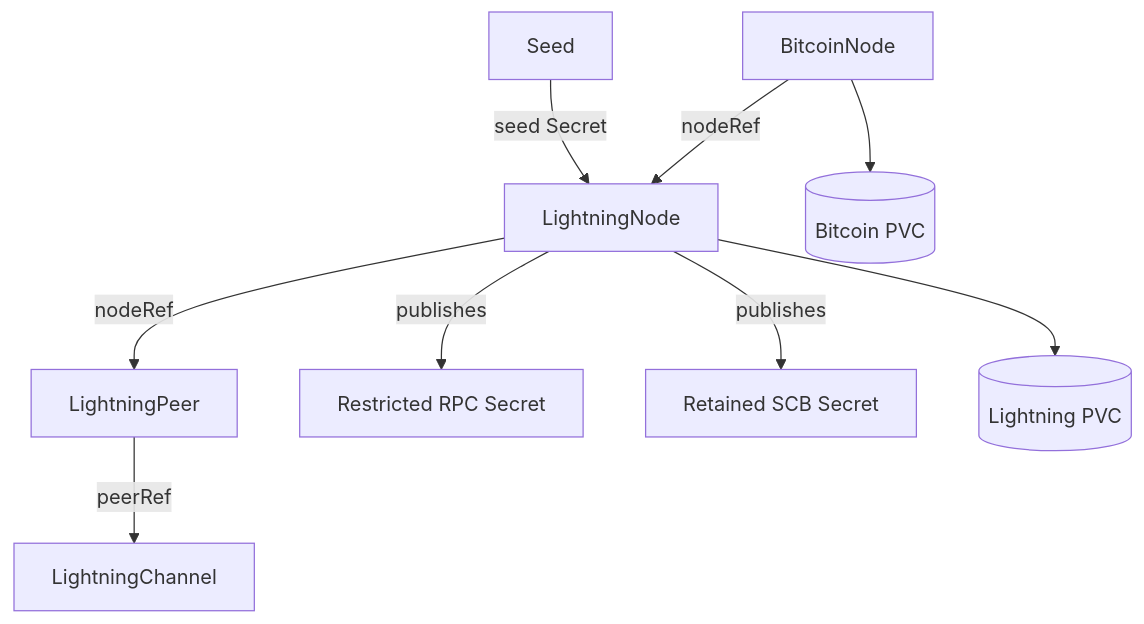
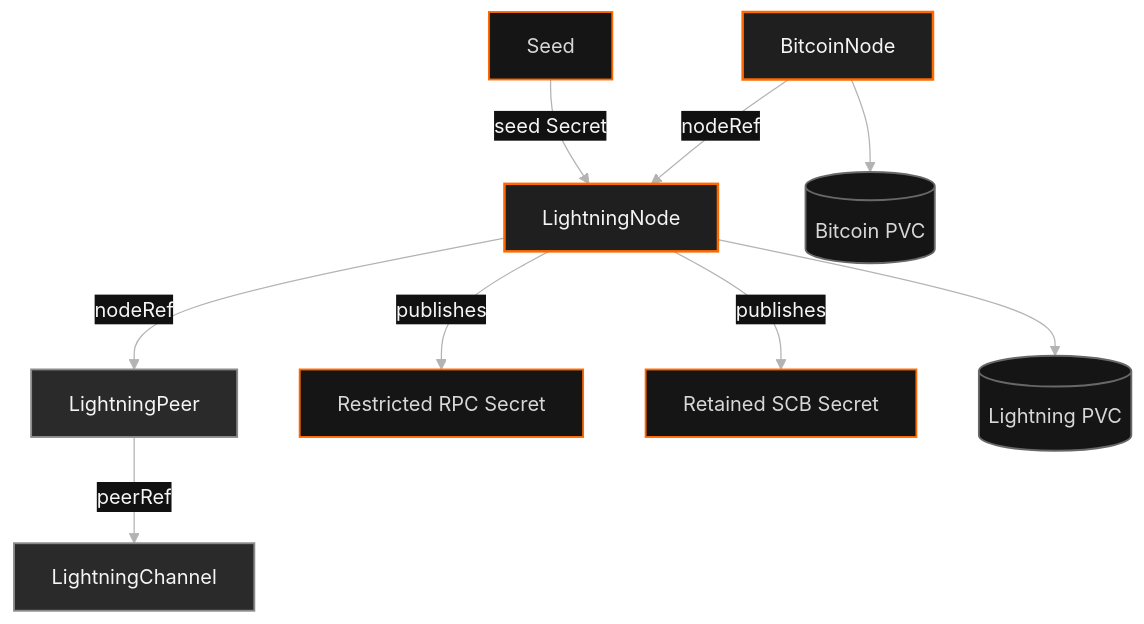
Before and after one commit to kiln-fired/kiln-operator: the first of 2 diagrams in README.md, drawn with Mermaid. The commit also changed other lines of this file, not shown here.

Commit message:
Theme Mermaid diagrams for Kiln

````diff
--- a/README.md
+++ b/README.md
@@ -35,22 +35,33 @@
 ```mermaid
+%%{init: {"theme":"base","themeVariables":{"background":"#111111","primaryColor":"#1f1f1f","primaryTextColor":"#f5f5f5","primaryBorderColor":"#ff6a00","lineColor":"#b3b3b3","secondaryColor":"#2b2b2b","tertiaryColor":"#171717","edgeLabelBackground":"#111111","fontFamily":"ui-sans-serif, system-ui, sans-serif"}}}%%
 flowchart TD
     B[BitcoinNode]
     L[LightningNode]
     P[LightningPeer]
     C[LightningChannel]
     S[Seed]
     R[Restricted RPC Secret]
     SCB[Retained SCB Secret]
     BPVC[(Bitcoin PVC)]
     LPVC[(Lightning PVC)]
 
     B -->|nodeRef| L
     L -->|nodeRef| P
     P -->|peerRef| C
     S -->|seed Secret| L
 
     B --> BPVC
     L --> LPVC
     L -->|publishes| R
     L -->|publishes| SCB
+
+    classDef core fill:#1f1f1f,stroke:#ff6a00,color:#f5f5f5,stroke-width:2px;
+    classDef relation fill:#2a2a2a,stroke:#8a8a8a,color:#f5f5f5,stroke-width:1.5px;
+    classDef recovery fill:#151515,stroke:#ff6a00,color:#d8d8d8,stroke-width:1.5px;
+    classDef storage fill:#151515,stroke:#686868,color:#d8d8d8,stroke-width:1.5px;
+
+    class B,L core;
+    class P,C relation;
+    class S,R,SCB recovery;
+    class BPVC,LPVC storage;
 ```
````
